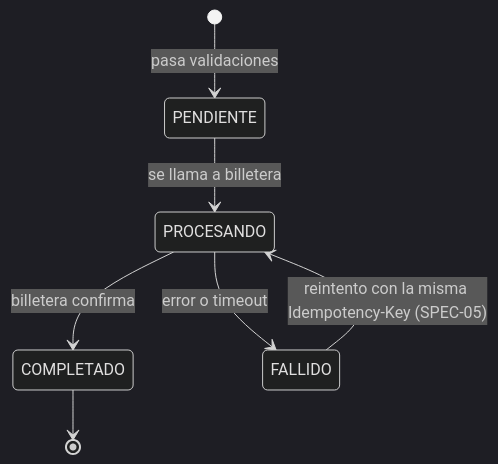
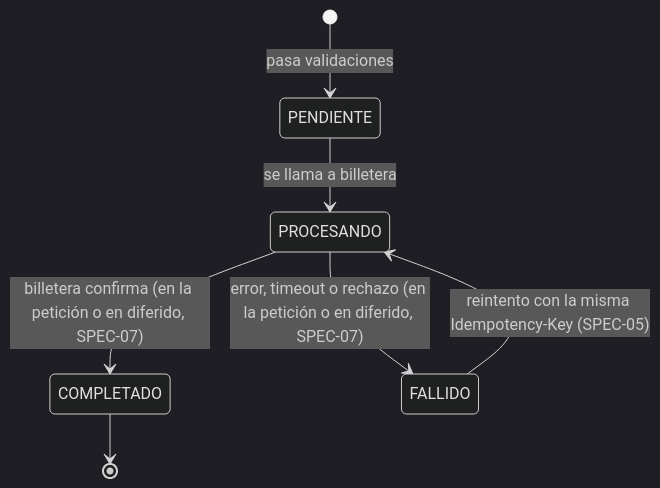
The diagram in specs-v2/01-dominio.md (abigailDurand/Deposito-Arnes), drawn with Mermaid (dark theme) before and after one commit. The commit also changed other lines of this file and 24 other files, not shown here.

````diff
--- a/specs-v2/01-dominio.md
+++ b/specs-v2/01-dominio.md
@@ -26,9 +26,9 @@
 ```mermaid
 stateDiagram-v2
     [*] --> PENDIENTE: pasa validaciones
     PENDIENTE --> PROCESANDO: se llama a billetera
-    PROCESANDO --> COMPLETADO: billetera confirma
-    PROCESANDO --> FALLIDO: error o timeout
+    PROCESANDO --> COMPLETADO: billetera confirma (en la petición o en diferido, SPEC-07)
+    PROCESANDO --> FALLIDO: error, timeout o rechazo (en la petición o en diferido, SPEC-07)
     FALLIDO --> PROCESANDO: reintento con la misma Idempotency-Key (SPEC-05)
     COMPLETADO --> [*]
 ```
````
